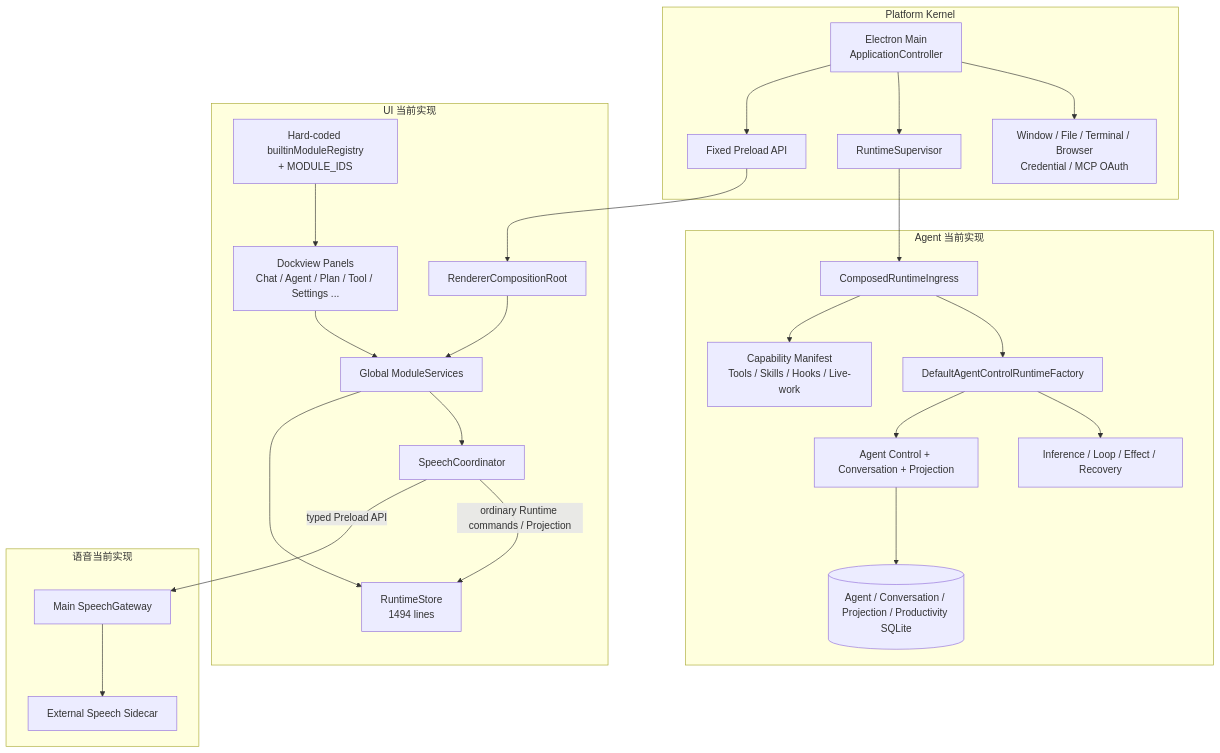
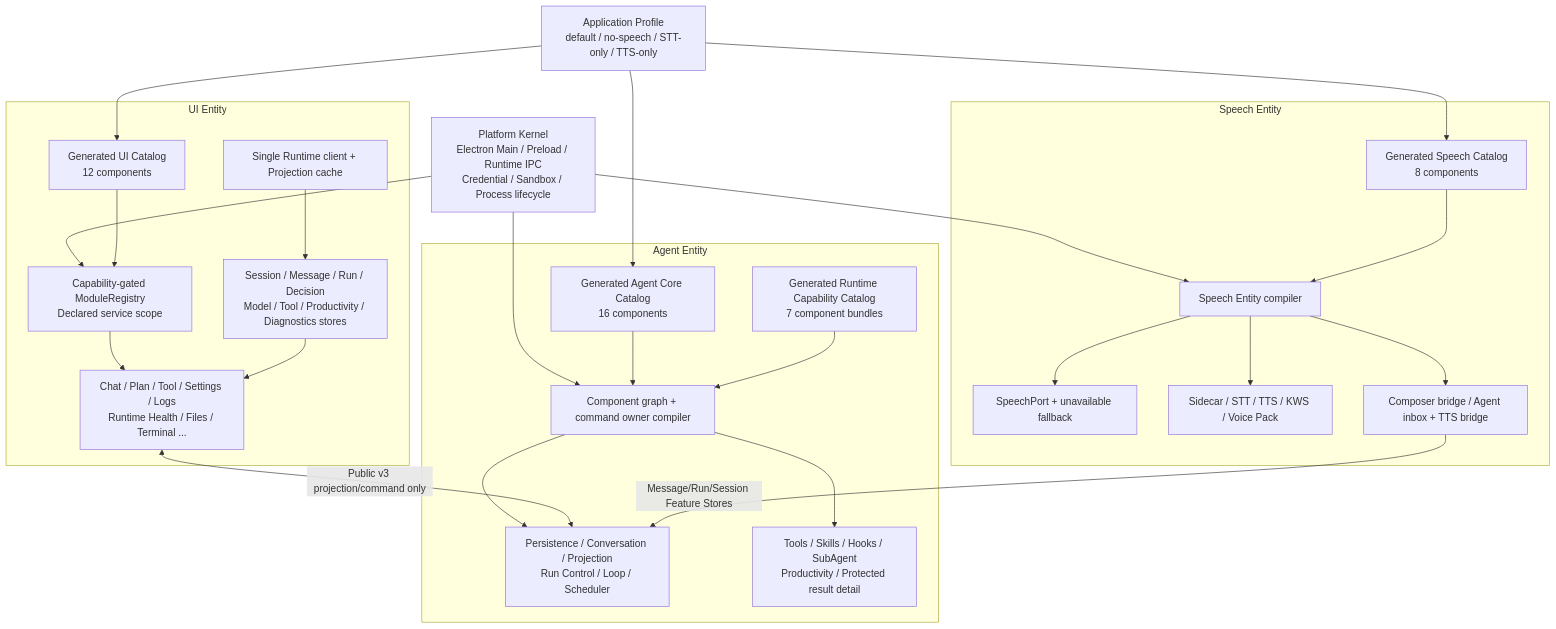
Before and after one commit to Atikou/Ariadne: the first of 3 diagrams in docs/entity-component-architecture-roadmap.md, drawn with Mermaid. The commit also changed other lines of this file and 1 other file, not shown here.

Commit message:
docs: finalize entity component architecture roadmap

````diff
--- a/docs/entity-component-architecture-roadmap.md
+++ b/docs/entity-component-architecture-roadmap.md
@@ -117,48 +24,45 @@
 ```mermaid
 flowchart TB
-  subgraph Platform[Platform Kernel]
-    Main[Electron Main\nApplicationController]
-    Preload[Fixed Preload API]
-    Supervisor[RuntimeSupervisor]
-    HostCaps[Window / File / Terminal / Browser\nCredential / MCP OAuth]
+  Profile[Application Profile\ndefault / no-speech / STT-only / TTS-only]
+  Kernel[Platform Kernel\nElectron Main / Preload / Runtime IPC\nCredential / Sandbox / Process lifecycle]
+
+  subgraph Agent[Agent Entity]
+    ACatalog[Generated Agent Core Catalog\n16 components]
+    RCatalog[Generated Runtime Capability Catalog\n7 component bundles]
+    ACompiler[Component graph + command owner compiler]
+    ACore[Persistence / Conversation / Projection\nRun Control / Loop / Scheduler]
+    AFeatures[Tools / Skills / Hooks / SubAgent\nProductivity / Protected result detail]
   end
 
-  subgraph UI[UI 当前实现]
-    RRoot[RendererCompositionRoot]
-    Services[Global ModuleServices]
-    Store[RuntimeStore\n1494 lines]
-    SpeechCoord[SpeechCoordinator]
-    Registry[Hard-coded builtinModuleRegistry\n+ MODULE_IDS]
-    Panels[Dockview Panels\nChat / Agent / Plan / Tool / Settings ...]
+  subgraph UI[UI Entity]
+    UCatalog[Generated UI Catalog\n12 components]
+    URegistry[Capability-gated ModuleRegistry\nDeclared service scope]
+    Projection[Single Runtime client + Projection cache]
+    Stores[Session / Message / Run / Decision\nModel / Tool / Productivity / Diagnostics stores]
+    Panels[Chat / Plan / Tool / Settings / Logs\nRuntime Health / Files / Terminal ...]
   end
 
-  subgraph Agent[Agent 当前实现]
-    Ingress[ComposedRuntimeIngress]
-    Manifest[Capability Manifest\nTools / Skills / Hooks / Live-work]
-    Factory[DefaultAgentControlRuntimeFactory]
-    Control[Agent Control + Conversation + Projection]
-    Pipeline[Inference / Loop / Effect / Recovery]
-    Stores[(Agent / Conversation / Projection / Productivity SQLite)]
+  subgraph Speech[Speech Entity]
+    SCatalog[Generated Speech Catalog\n8 components]
+    SCompiler[Speech Entity compiler]
+    SCore[SpeechPort + unavailable fallback]
+    Drivers[Sidecar / STT / TTS / KWS / Voice Pack]
+    Bridges[Composer bridge / Agent inbox + TTS bridge]
   end
 
-  subgraph Speech[语音当前实现]
-    Gateway[Main SpeechGateway]
-    Sidecar[External Speech Sidecar]
-  end
-
-  Main --> Preload --> RRoot
-  RRoot --> Services
-  Services --> Store
-  Services --> SpeechCoord
-  Registry --> Panels
-  Panels --> Services
-  Main --> Supervisor --> Ingress
-  Ingress --> Manifest
-  Ingress --> Factory
-  Factory --> Control --> Stores
-  Factory --> Pipeline
-  Main --> HostCaps
-  Gateway --> Sidecar
-  SpeechCoord -->|typed Preload API| Gateway
-  SpeechCoord -->|ordinary Runtime commands / Projection| Store
+  Profile --> ACatalog
+  Profile --> UCatalog
+  Profile --> SCatalog
+  Kernel --> ACompiler
+  Kernel --> URegistry
+  Kernel --> SCompiler
+  ACatalog --> ACompiler --> ACore
+  RCatalog --> ACompiler --> AFeatures
+  UCatalog --> URegistry --> Panels
+  Projection --> Stores --> Panels
+  SCatalog --> SCompiler --> SCore
+  SCompiler --> Drivers
+  SCompiler --> Bridges
+  Panels <-->|Public v3 projection/command only| ACore
+  Bridges -->|Message/Run/Session Feature Stores| ACore
 ```
````
